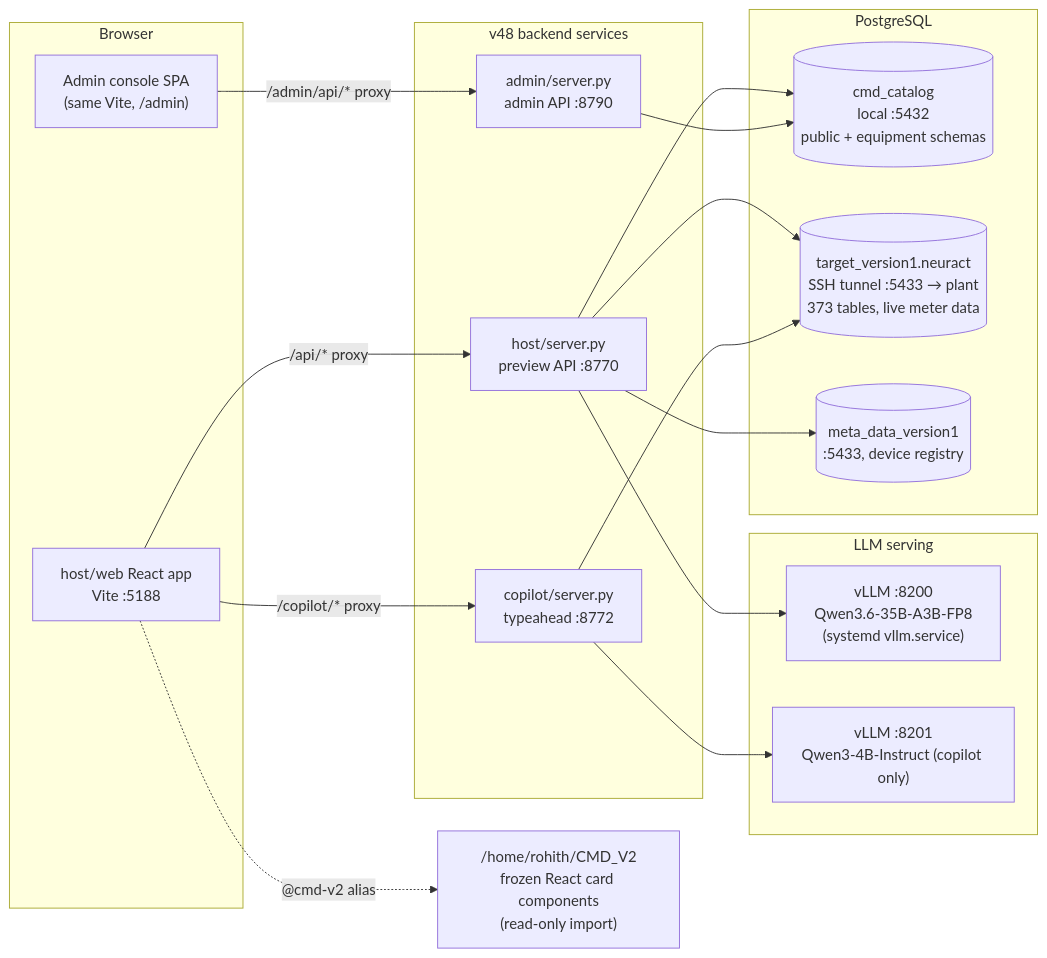
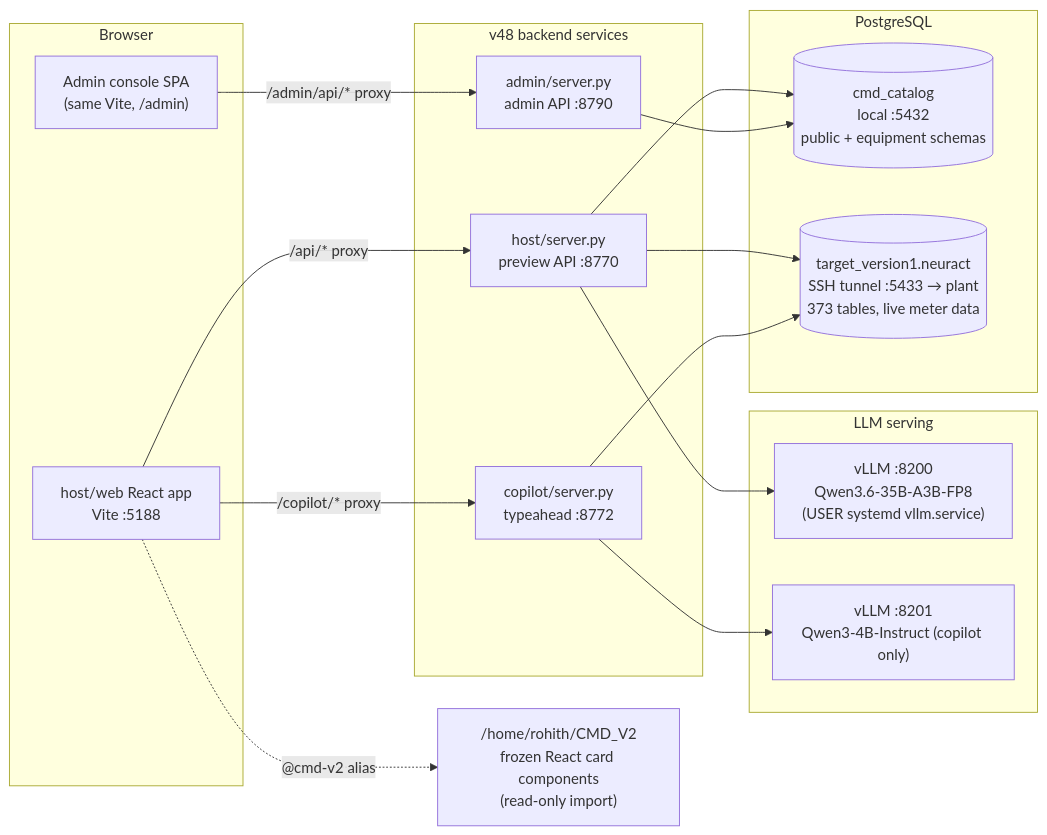
The first of 6 diagrams in ARCHITECTURE.md (RohithBalasubramani/pipeline-v48), drawn with Mermaid before and after one commit. The commit also changed other lines of this file and 117 other files, not shown here.

First line of the commit message:
v48: cmd guards + registry, neuract_live data, tests and audit fixes

````diff
--- a/ARCHITECTURE.md
+++ b/ARCHITECTURE.md
@@ -107,38 +107,36 @@
 ```mermaid
 flowchart LR
     subgraph Browser
         FE["host/web React app<br/>Vite :5188"]
         ADM["Admin console SPA<br/>(same Vite, /admin)"]
     end
 
     subgraph "v48 backend services"
         HOST["host/server.py<br/>preview API :8770"]
         ADMS["admin/server.py<br/>admin API :8790"]
         COP["copilot/server.py<br/>typeahead :8772"]
     end
 
     subgraph "LLM serving"
-        VLLM["vLLM :8200<br/>Qwen3.6-35B-A3B-FP8<br/>(systemd vllm.service)"]
+        VLLM["vLLM :8200<br/>Qwen3.6-35B-A3B-FP8<br/>(USER systemd vllm.service)"]
         VLLM2["vLLM :8201<br/>Qwen3-4B-Instruct (copilot only)"]
     end
 
     subgraph "PostgreSQL"
         CAT[("cmd_catalog<br/>local :5432<br/>public + equipment schemas")]
         NEU[("target_version1.neuract<br/>SSH tunnel :5433 → plant<br/>373 tables, live meter data")]
-        META[("meta_data_version1<br/>:5433, device registry")]
     end
 
     CMDV2["/home/rohith/CMD_V2<br/>frozen React card components<br/>(read-only import)"]
 
     FE -->|"/api/* proxy"| HOST
     FE -->|"/copilot/* proxy"| COP
     ADM -->|"/admin/api/* proxy"| ADMS
     FE -.->|"@cmd-v2 alias"| CMDV2
     HOST --> VLLM
     COP --> VLLM2
     HOST --> CAT
     HOST --> NEU
-    HOST --> META
     ADMS --> CAT
     COP --> NEU
 ```
````
